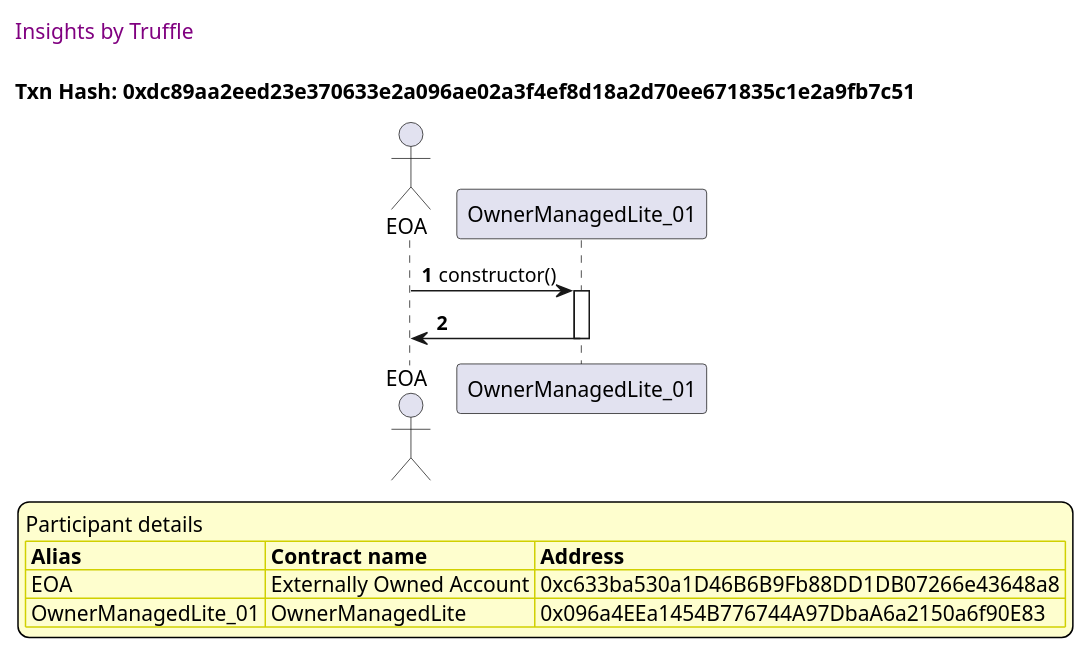
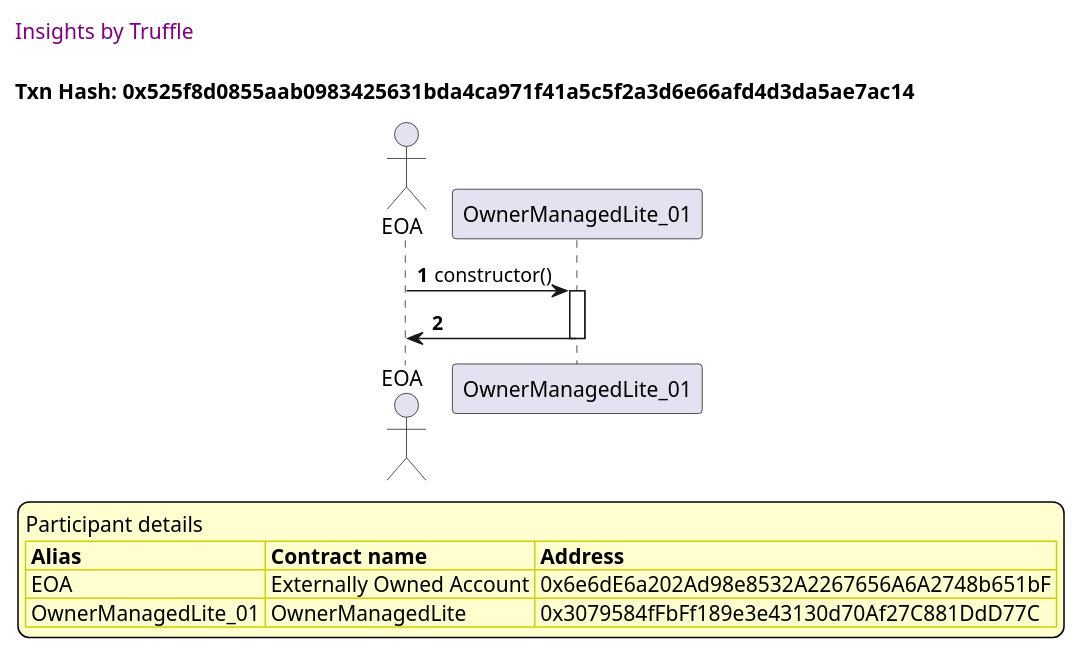
Before and after one commit to thedarkjester/ConsensysAssignment: the first of 26 diagrams in truffle-seq/OwnerManagedLite_test_add_owner.md, drawn with PlantUML. The commit also changed other lines of this file and 13 other files, not shown here.

````diff
--- a/truffle-seq/OwnerManagedLite_test_add_owner.md
+++ b/truffle-seq/OwnerManagedLite_test_add_owner.md
@@ -13,37 +13,37 @@
 ```plantuml
 
 
 @startuml
 
 autonumber
 skinparam legendBackgroundColor #FEFECE
 
 <style>
       header {
         HorizontalAlignment left
         FontColor purple
         FontSize 14
         Padding 10
       }
     </style>
 
 header Insights by Truffle
 
-title Txn Hash: 0xdc89aa2eed23e370633e2a096ae02a3f4ef8d18a2d70ee671835c1e2a9fb7c51
+title Txn Hash: 0x525f8d0855aab0983425631bda4ca971f41a5c5f2a3d6e66afd4d3da5ae7ac14
 
 
 actor EOA as "EOA"
 participant OwnerManagedLite_01 as "OwnerManagedLite_01"
 
 "EOA" -> "OwnerManagedLite_01" ++: constructor()
 "OwnerManagedLite_01" -> "EOA" --: 
 
 legend
 Participant details
 <#FEFECE,#D0D000>|= Alias |= Contract name |= Address |
-<#FEFECE>| EOA | Externally Owned Account | 0xc633ba530a1D46B6B9Fb88DD1DB07266e43648a8 |
-<#FEFECE>| OwnerManagedLite_01 | OwnerManagedLite | 0x096a4EEa1454B776744A97DbaA6a2150a6f90E83 |
+<#FEFECE>| EOA | Externally Owned Account | 0x6e6dE6a202Ad98e8532A2267656A6A2748b651bF |
+<#FEFECE>| OwnerManagedLite_01 | OwnerManagedLite | 0x3079584fFbFf189e3e43130d70Af27C881DdD77C |
 endlegend
 
 @enduml
 ```
````
